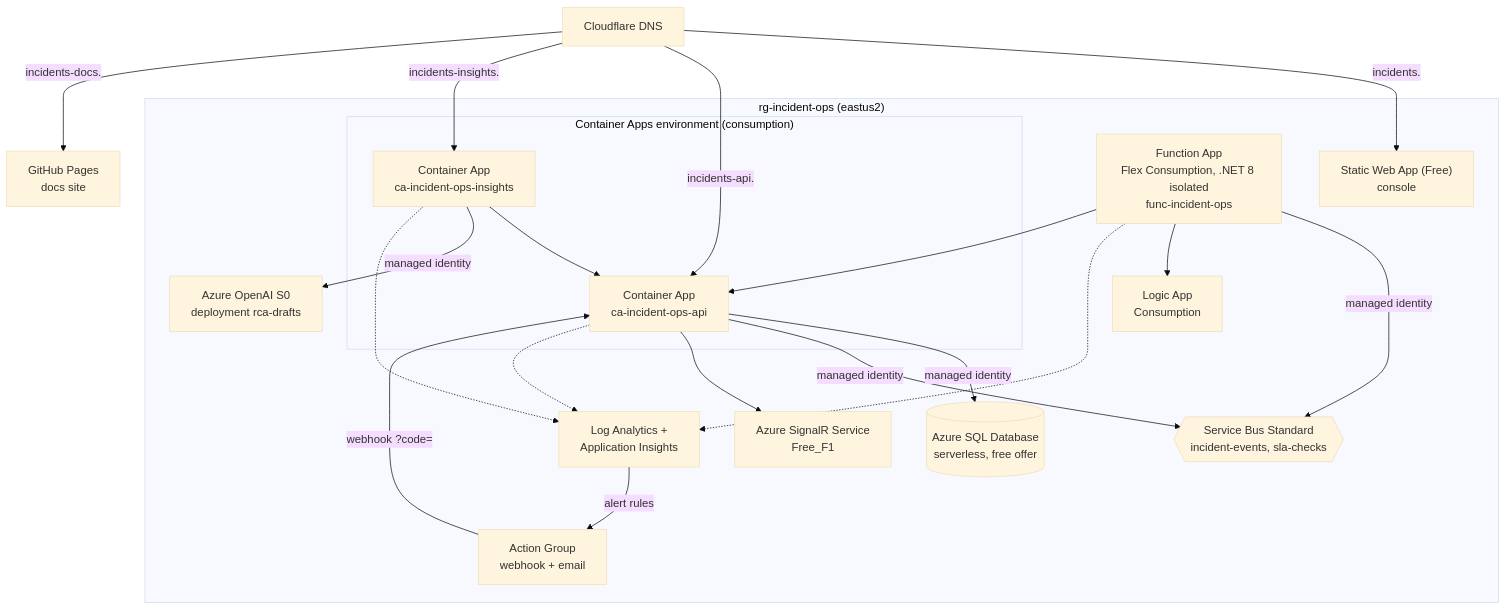
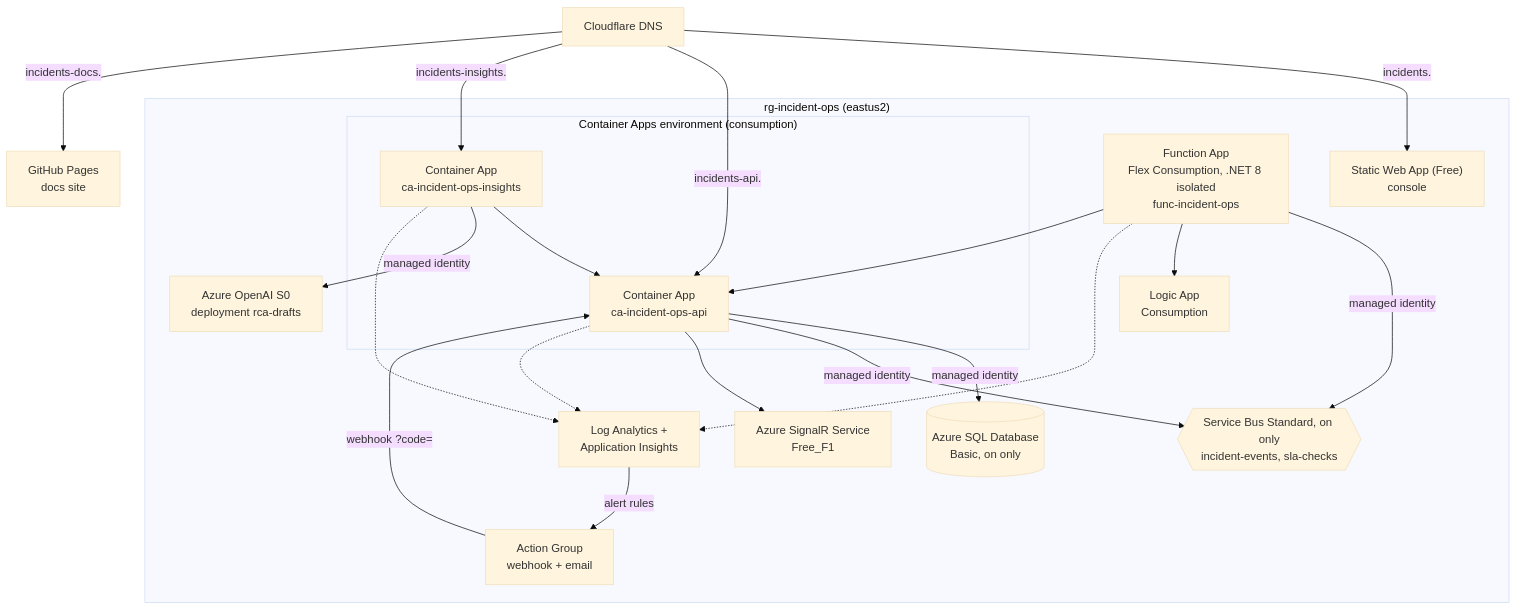
Before and after one commit to marcelo-roman/incident-ops: the first of 2 diagrams in docs/docs/architecture/deployment.md, drawn with Mermaid (base theme). The commit also changed other lines of this file and 42 other files, not shown here.

````diff
--- a/docs/docs/architecture/deployment.md
+++ b/docs/docs/architecture/deployment.md
@@ -9,37 +9,37 @@
 ```mermaid
 flowchart TB
     dns["Cloudflare DNS"]
     gh["GitHub Pages<br/>docs site"]
     subgraph rg ["rg-incident-ops (eastus2)"]
         swa["Static Web App (Free)<br/>console"]
         subgraph cae ["Container Apps environment (consumption)"]
             capi["Container App<br/>ca-incident-ops-api"]
             cins["Container App<br/>ca-incident-ops-insights"]
         end
-        sql[("Azure SQL Database<br/>serverless, free offer")]
+        sql[("Azure SQL Database<br/>Basic, on only")]
         sig["Azure SignalR Service<br/>Free_F1"]
-        sb{{"Service Bus Standard<br/>incident-events, sla-checks"}}
+        sb{{"Service Bus Standard, on only<br/>incident-events, sla-checks"}}
         func["Function App<br/>Flex Consumption, .NET 8 isolated<br/>func-incident-ops"]
         logic["Logic App<br/>Consumption"]
         aoai["Azure OpenAI S0<br/>deployment rca-drafts"]
         law["Log Analytics +<br/>Application Insights"]
         ag["Action Group<br/>webhook + email"]
     end
     dns -- "incidents." --> swa
     dns -- "incidents-api." --> capi
     dns -- "incidents-insights." --> cins
     dns -- "incidents-docs." --> gh
     capi -- "managed identity" --> sql
     capi -- "managed identity" --> sb
     capi --> sig
     func -- "managed identity" --> sb
     func --> capi
     func --> logic
     cins --> capi
     cins -- "managed identity" --> aoai
     law -- "alert rules" --> ag
     ag -- "webhook ?code=" --> capi
     capi -.-> law
     cins -.-> law
     func -.-> law
 ```
````
